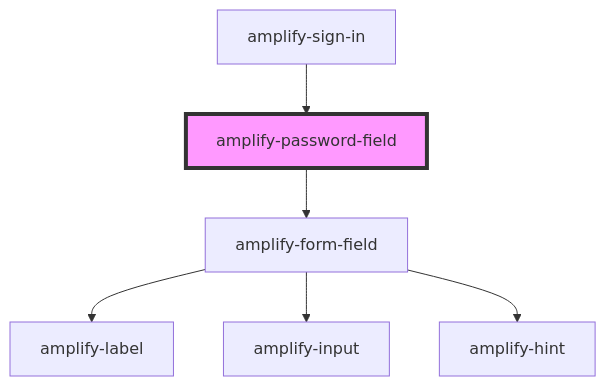
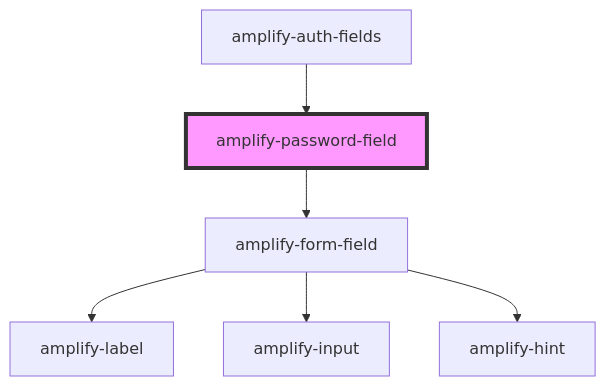
One commit to aws-amplify/amplify-js changed the diagram in packages/amplify-ui-components/src/components/amplify-password-field/readme.md. Above: the diagram before and after it, drawn with Mermaid. The commit also changed other lines of this file and 24 other files, not shown here.

````diff
--- a/packages/amplify-ui-components/src/components/amplify-password-field/readme.md
+++ b/packages/amplify-ui-components/src/components/amplify-password-field/readme.md
@@ -28,9 +30,9 @@
 ```mermaid
 graph TD;
   amplify-password-field --> amplify-form-field
   amplify-form-field --> amplify-label
   amplify-form-field --> amplify-input
   amplify-form-field --> amplify-hint
-  amplify-sign-in --> amplify-password-field
+  amplify-auth-fields --> amplify-password-field
   style amplify-password-field fill:#f9f,stroke:#333,stroke-width:4px
 ```
````
